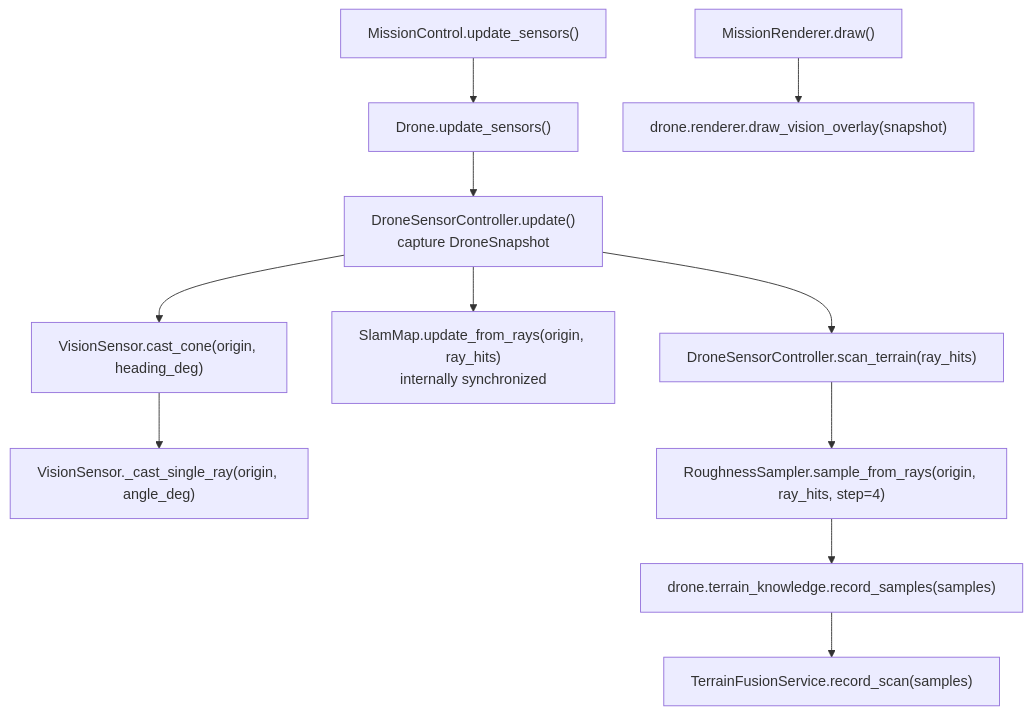
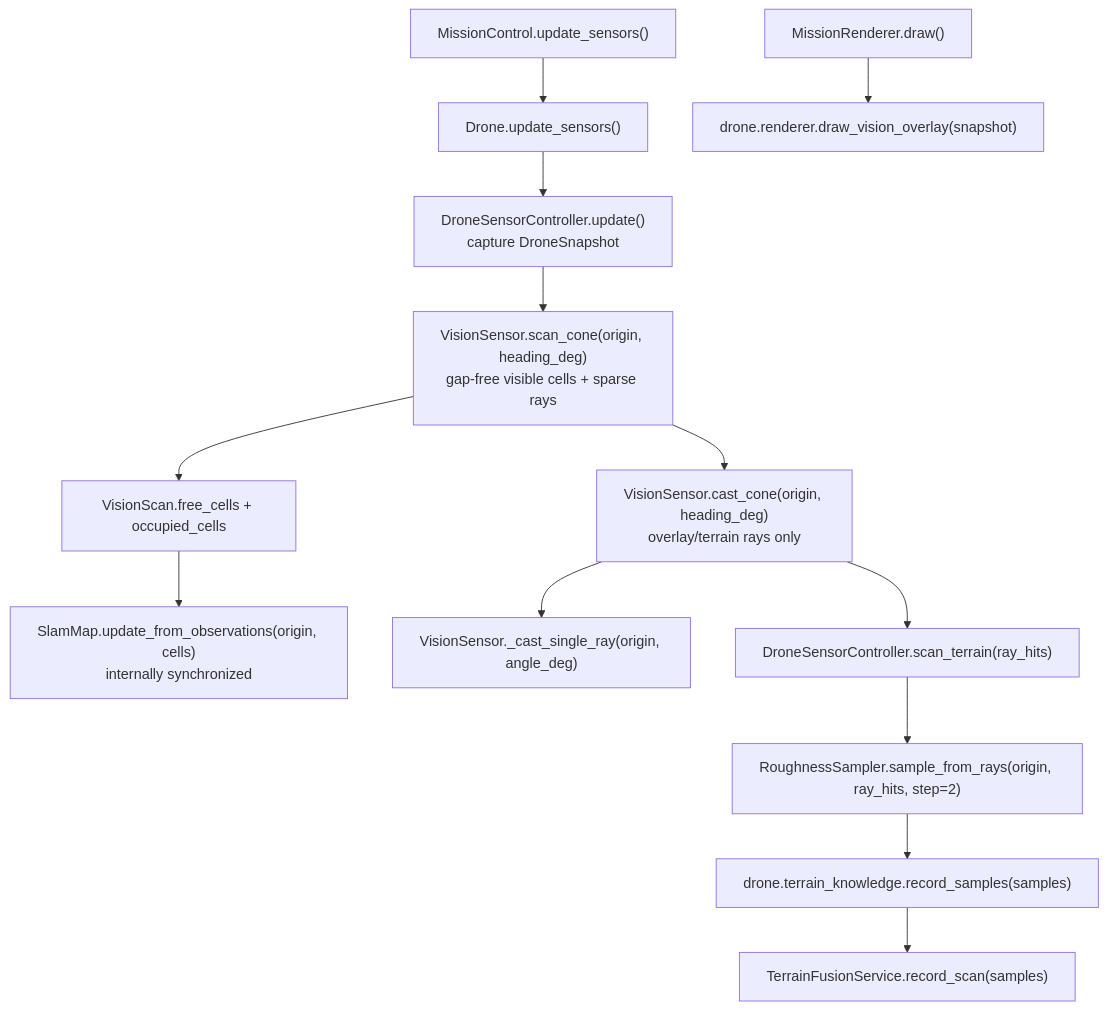
Before and after one commit to Gmark117/Cave_Game: the eighth of 14 diagrams in docs/CODEFLOW.md, drawn with Mermaid. The commit also changed other lines of this file and 68 other files, not shown here.

````diff
--- a/docs/CODEFLOW.md
+++ b/docs/CODEFLOW.md
@@ -512,20 +553,23 @@
 ```mermaid
 flowchart TD
     MissionUpdate["MissionControl.update_sensors()"]
     DroneUpdate["Drone.update_sensors()"]
     Sensor["DroneSensorController.update()<br/>capture DroneSnapshot"]
-    Cast["VisionSensor.cast_cone(origin, heading_deg)"]
+    Scan["VisionSensor.scan_cone(origin, heading_deg)<br/>gap-free visible cells + sparse rays"]
+    Dense["VisionScan.free_cells + occupied_cells"]
+    Cast["VisionSensor.cast_cone(origin, heading_deg)<br/>overlay/terrain rays only"]
     Ray["VisionSensor._cast_single_ray(origin, angle_deg)"]
-    Slam["SlamMap.update_from_rays(origin, ray_hits)<br/>internally synchronized"]
+    Slam["SlamMap.update_from_observations(origin, cells)<br/>internally synchronized"]
     TerrainScan["DroneSensorController.scan_terrain(ray_hits)"]
-    Sample["RoughnessSampler.sample_from_rays(origin, ray_hits, step=4)"]
+    Sample["RoughnessSampler.sample_from_rays(origin, ray_hits, step=2)"]
     Local["drone.terrain_knowledge.record_samples(samples)"]
     Global["TerrainFusionService.record_scan(samples)"]
     Draw["MissionRenderer.draw()"]
     RenderCone["drone.renderer.draw_vision_overlay(snapshot)"]
 
-    MissionUpdate --> DroneUpdate --> Sensor --> Cast --> Ray
-    Sensor --> Slam
-    Sensor --> TerrainScan --> Sample --> Local --> Global
+    MissionUpdate --> DroneUpdate --> Sensor --> Scan
+    Scan --> Dense --> Slam
+    Scan --> Cast --> Ray
+    Cast --> TerrainScan --> Sample --> Local --> Global
     Draw --> RenderCone
 ```
````
